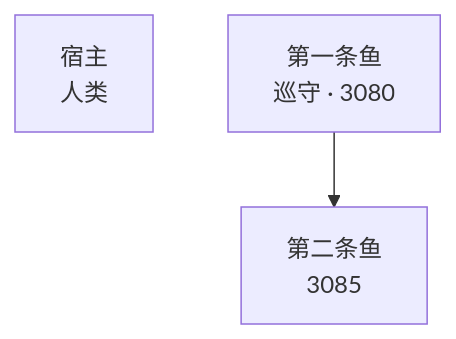
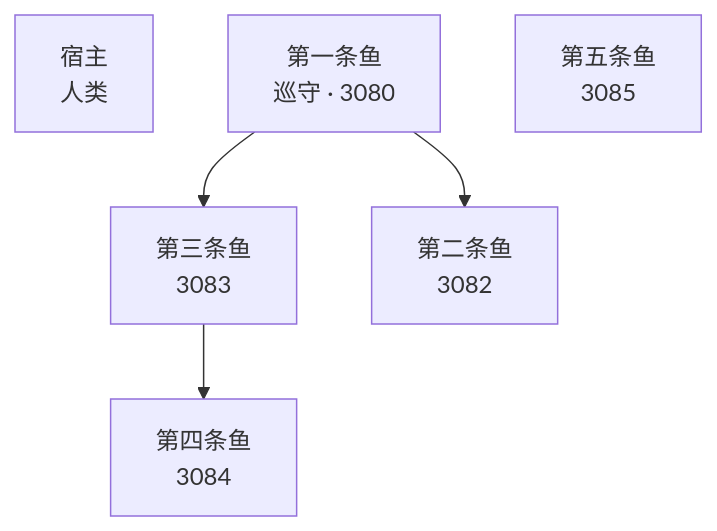
The diagram in docs/detail/鱼塘谱系.md (FabianActor/dsh-lil-whale), drawn with Mermaid before and after one commit. The commit also changed other lines of this file and 7 other files, not shown here.

````diff
--- a/docs/detail/鱼塘谱系.md
+++ b/docs/detail/鱼塘谱系.md
@@ -10,7 +10,12 @@
 ```mermaid
 graph TD
   fabian["宿主<br/>人类"]
+  fishball["第三条鱼<br/>3083"]
   lee["第一条鱼<br/>巡守 · 3080"]
-  xfish["第二条鱼<br/>3085"]
-  lee --> xfish
+  lee2["第五条鱼<br/>3085"]
+  whale["第二条鱼<br/>3082"]
+  xiaoman["第四条鱼<br/>3084"]
+  lee --> fishball
+  lee --> whale
+  fishball --> xiaoman
 ```
````
